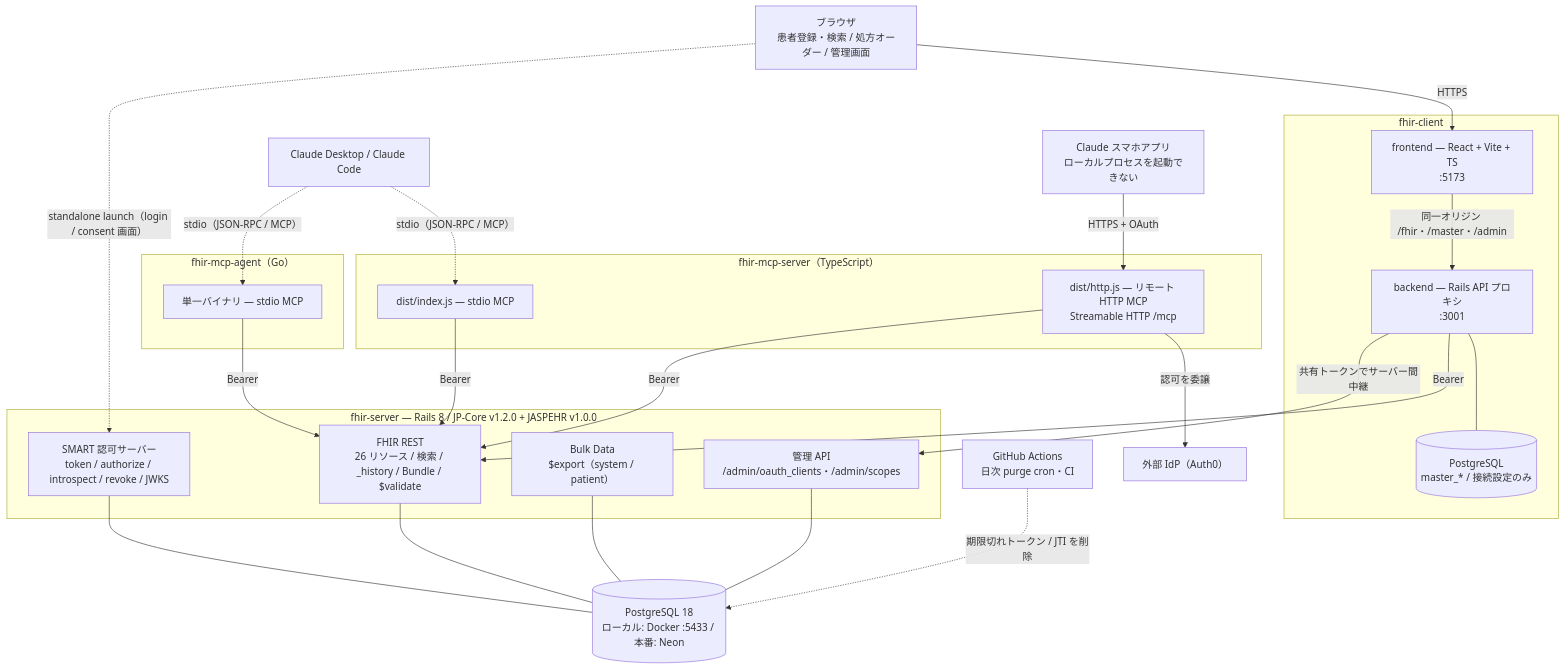
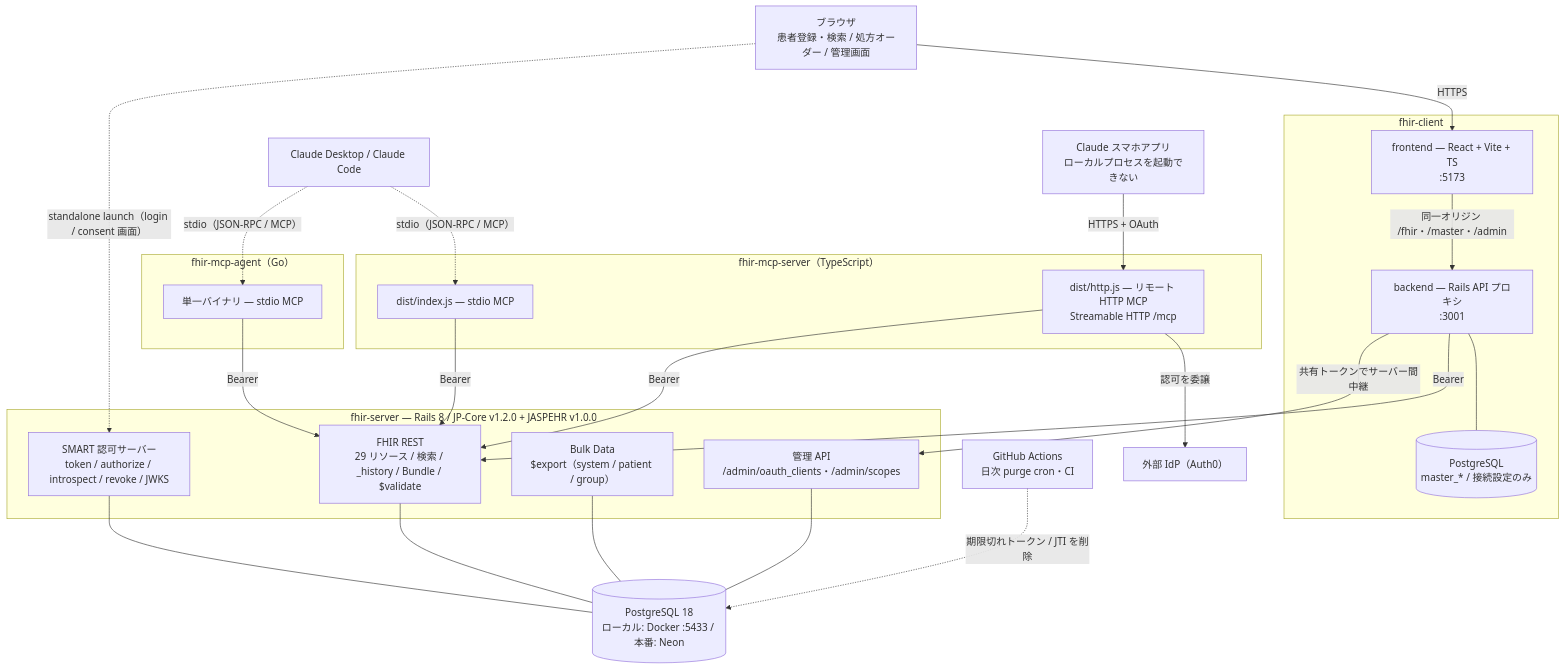
Before and after one commit to ysnr-dev/fhir-server: the first of 3 diagrams in docs/ARCHITECTURE.md, drawn with Mermaid. The commit also changed other lines of this file and 58 other files, not shown here.

````diff
--- a/docs/ARCHITECTURE.md
+++ b/docs/ARCHITECTURE.md
@@ -21,54 +21,54 @@
 ```mermaid
 flowchart TB
     Browser["ブラウザ<br/>患者登録・検索 / 処方オーダー / 管理画面"]
     ClaudeLocal["Claude Desktop / Claude Code"]
     ClaudeMobile["Claude スマホアプリ<br/>ローカルプロセスを起動できない"]
 
     subgraph clientRepo["fhir-client"]
         FE["frontend — React + Vite + TS<br/>:5173"]
         BE["backend — Rails API プロキシ<br/>:3001"]
         BEDB[("PostgreSQL<br/>master_* / 接続設定のみ")]
     end
 
     subgraph mcpTs["fhir-mcp-server（TypeScript）"]
         MCPSTDIO["dist/index.js — stdio MCP"]
         MCPHTTP["dist/http.js — リモート HTTP MCP<br/>Streamable HTTP /mcp"]
     end
 
     subgraph mcpGo["fhir-mcp-agent（Go）"]
         AGENT["単一バイナリ — stdio MCP"]
     end
 
     IDP["外部 IdP（Auth0）"]
 
     subgraph serverRepo["fhir-server — Rails 8 / JP-Core v1.2.0 + JASPEHR v1.0.0"]
-        REST["FHIR REST<br/>26 リソース / 検索 / _history / Bundle / $validate"]
+        REST["FHIR REST<br/>29 リソース / 検索 / _history / Bundle / $validate"]
         AUTH["SMART 認可サーバー<br/>token / authorize / introspect / revoke / JWKS"]
-        BULK["Bulk Data<br/>$export（system / patient）"]
+        BULK["Bulk Data<br/>$export（system / patient / group）"]
         ADMINAPI["管理 API<br/>/admin/oauth_clients・/admin/scopes"]
     end
 
     DB[("PostgreSQL 18<br/>ローカル: Docker :5433 / 本番: Neon")]
     GHA["GitHub Actions<br/>日次 purge cron・CI"]
 
     Browser -->|HTTPS| FE
     FE -->|"同一オリジン /fhir・/master・/admin"| BE
     BE --- BEDB
     ClaudeLocal -.->|"stdio（JSON-RPC / MCP）"| MCPSTDIO
     ClaudeLocal -.->|"stdio（JSON-RPC / MCP）"| AGENT
     ClaudeMobile -->|"HTTPS + OAuth"| MCPHTTP
     MCPHTTP -->|"認可を委譲"| IDP
 
     BE -->|"Bearer"| REST
     MCPSTDIO -->|"Bearer"| REST
     AGENT -->|"Bearer"| REST
     MCPHTTP -->|"Bearer"| REST
     BE -->|"共有トークンでサーバー間中継"| ADMINAPI
     Browser -.->|"standalone launch（login / consent 画面）"| AUTH
 
     REST --- DB
     AUTH --- DB
     BULK --- DB
     ADMINAPI --- DB
     GHA -.->|"期限切れトークン / JTI を削除"| DB
 ```
````
